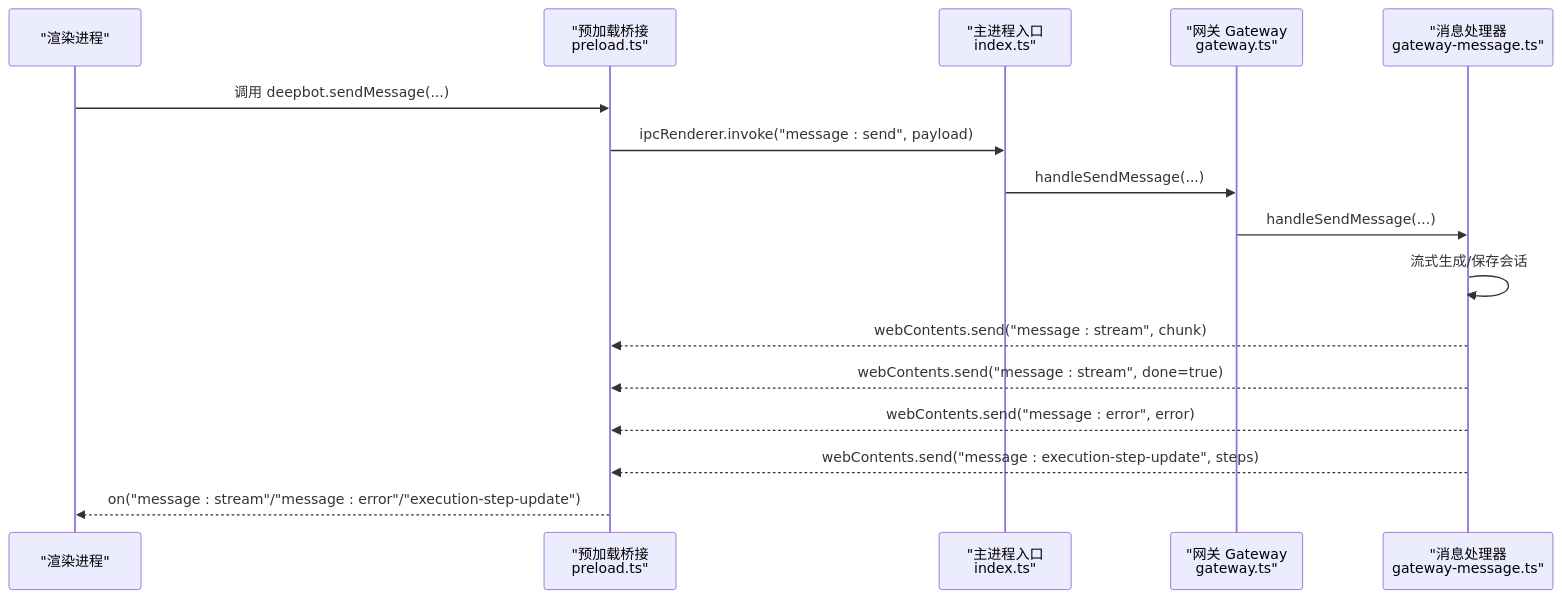
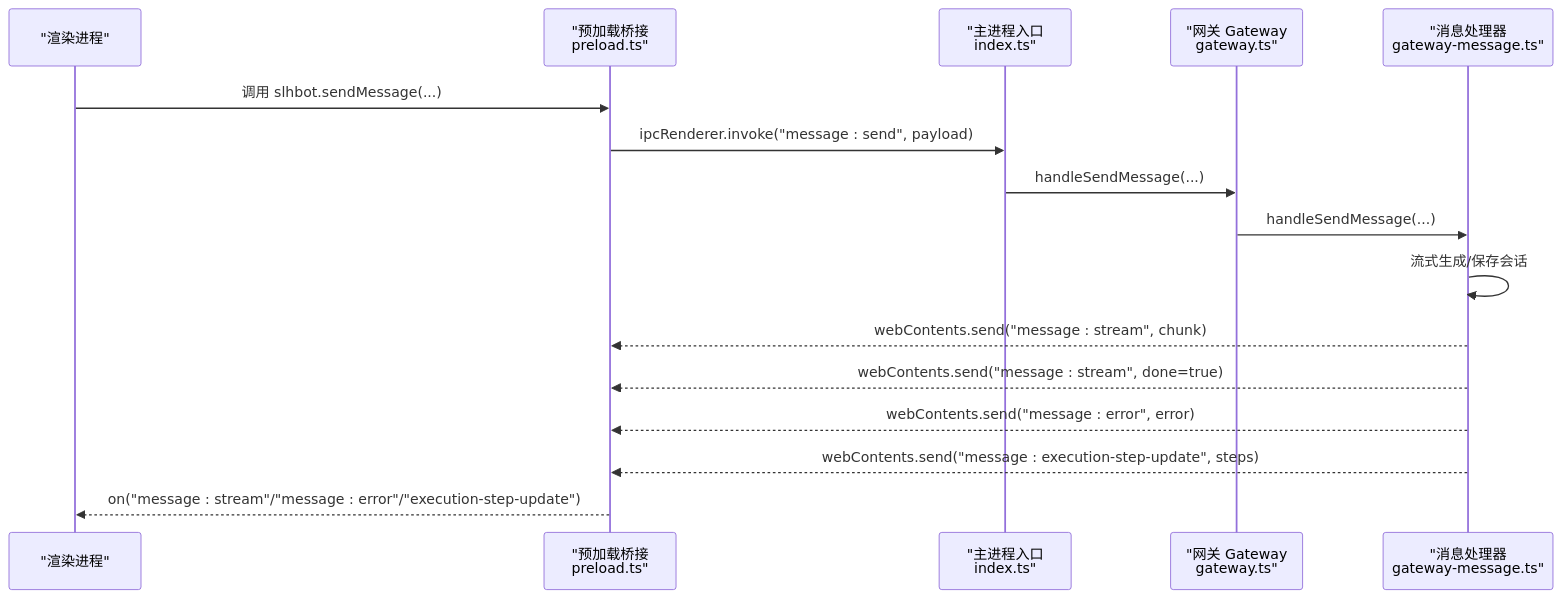
The second of 3 diagrams in .qoder/repowiki/zh/content/API 参考文档/IPC 通信.md (HEROhuqinchao/deepbot), drawn with Mermaid before and after one commit. The commit also changed other lines of this file and 250 other files, not shown here.

````diff
--- a/.qoder/repowiki/zh/content/API 参考文档/IPC 通信.md
+++ b/.qoder/repowiki/zh/content/API 参考文档/IPC 通信.md
@@ -100,18 +100,18 @@
 ```mermaid
 sequenceDiagram
 participant Renderer as "渲染进程"
 participant Preload as "预加载桥接<br/>preload.ts"
 participant Main as "主进程入口<br/>index.ts"
 participant GW as "网关 Gateway<br/>gateway.ts"
 participant Msg as "消息处理器<br/>gateway-message.ts"
-Renderer->>Preload : 调用 deepbot.sendMessage(...)
+Renderer->>Preload : 调用 slhbot.sendMessage(...)
 Preload->>Main : ipcRenderer.invoke("message : send", payload)
 Main->>GW : handleSendMessage(...)
 GW->>Msg : handleSendMessage(...)
 Msg->>Msg : 流式生成/保存会话
 Msg-->>Preload : webContents.send("message : stream", chunk)
 Msg-->>Preload : webContents.send("message : stream", done=true)
 Msg-->>Preload : webContents.send("message : error", error)
 Msg-->>Preload : webContents.send("message : execution-step-update", steps)
 Preload-->>Renderer : on("message : stream"/"message : error"/"execution-step-update")
 ```
````
